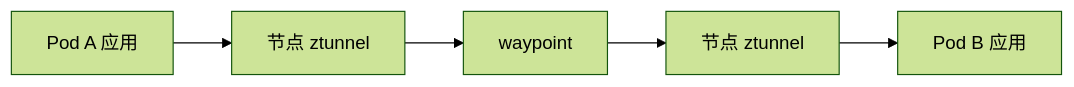
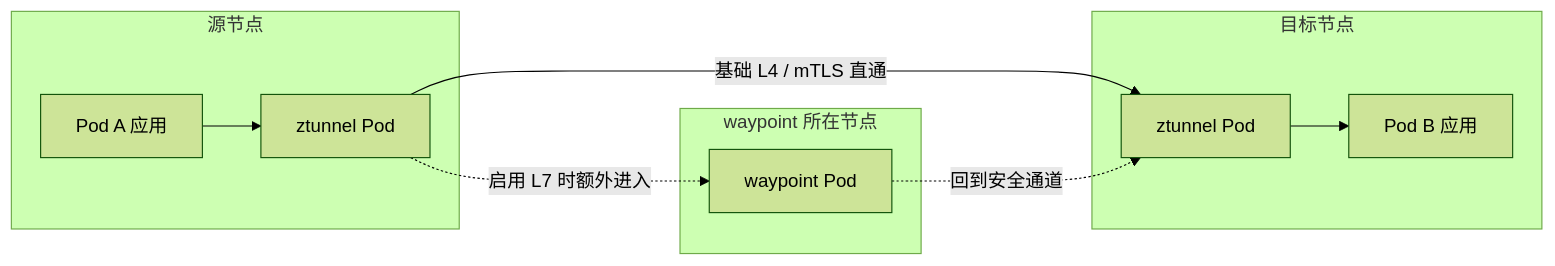
Before and after one commit to hwang-protocol/docker_k8s_2026: the seventh of 7 diagrams in k8s/05-security-and-zero-trust/docs/00_security_theory.md, drawn with Mermaid (forest theme). The commit also changed other lines of this file and 1 other file, not shown here.

````diff
--- a/k8s/05-security-and-zero-trust/docs/00_security_theory.md
+++ b/k8s/05-security-and-zero-trust/docs/00_security_theory.md
@@ -314,7 +312,23 @@
 ```mermaid
 flowchart LR
-    appA[Pod A 应用] --> ztunnelA[节点 ztunnel]
-    ztunnelA --> waypoint[waypoint]
-    waypoint --> ztunnelB[节点 ztunnel]
-    ztunnelB --> appB[Pod B 应用]
+    subgraph nodeA[源节点]
+        appA[Pod A 应用]
+        ztunnelA[ztunnel Pod]
+    end
+
+    subgraph nodeW[waypoint 所在节点]
+        waypoint[waypoint Pod]
+    end
+
+    subgraph nodeB[目标节点]
+        ztunnelB[ztunnel Pod]
+        appB[Pod B 应用]
+    end
+
+    appA --> ztunnelA
+    ztunnelA -->|基础 L4 / mTLS 直通| ztunnelB
+    ztunnelB --> appB
+
+    ztunnelA -. 启用 L7 时额外进入 .-> waypoint
+    waypoint -. 回到安全通道 .-> ztunnelB
 ```
````
